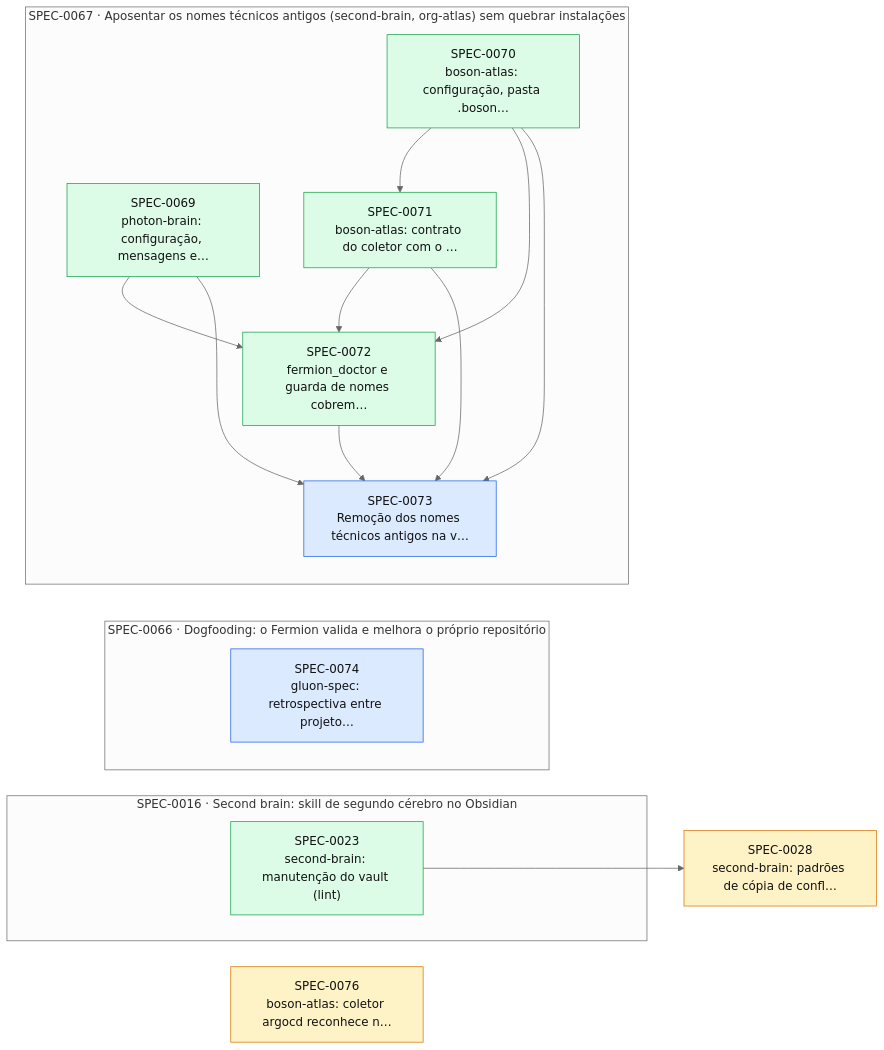
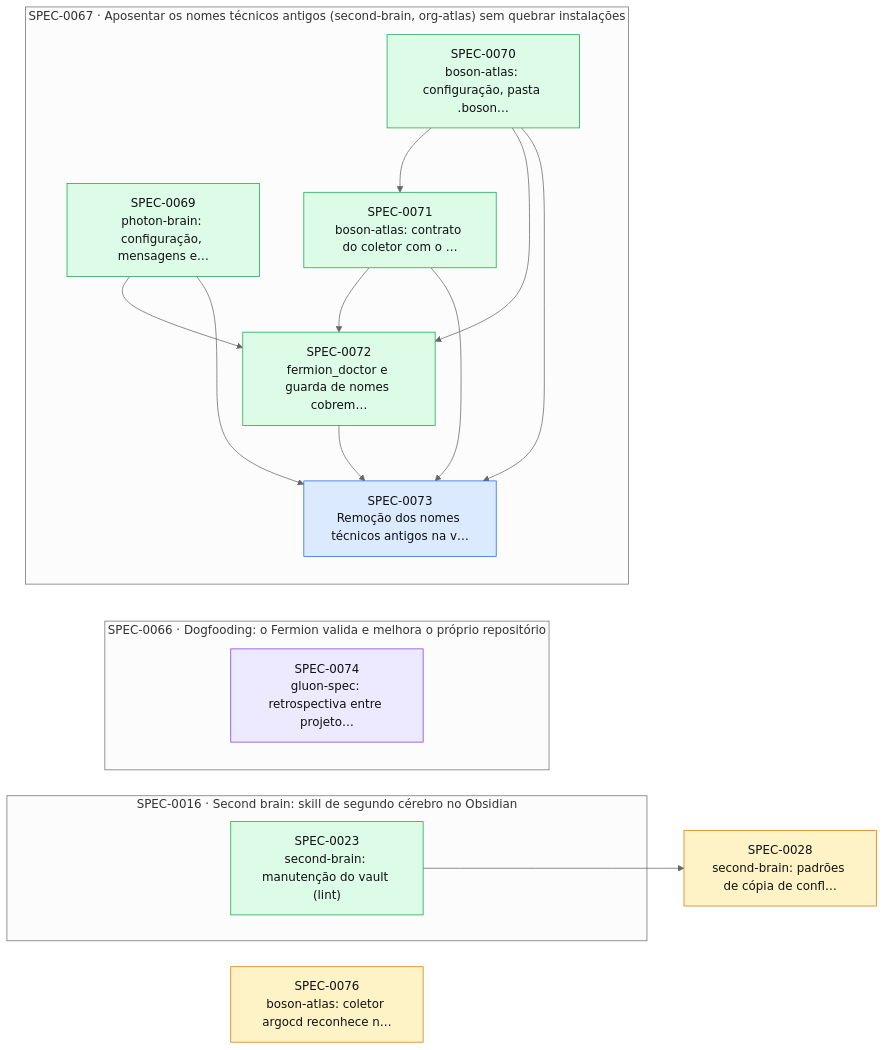
One commit to thomasravache/ai-dev-brain changed the diagram in docs/specs/INDEX.md. Above: the diagram before and after it, drawn with Mermaid (neutral theme). The commit also changed other lines of this file, not shown here.

````diff
--- a/docs/specs/INDEX.md
+++ b/docs/specs/INDEX.md
@@ -62,32 +62,32 @@
 ```mermaid
 flowchart LR
   S0028["SPEC-0028<br/>second-brain: padrões de cópia de confl…"]:::proposed
   S0076["SPEC-0076<br/>boson-atlas: coletor argocd reconhece n…"]:::proposed
   subgraph E0016["SPEC-0016 · Second brain: skill de segundo cérebro no Obsidian"]
     S0023["SPEC-0023<br/>second-brain: manutenção do vault (lint)"]:::implemented
   end
   subgraph E0066["SPEC-0066 · Dogfooding: o Fermion valida e melhora o próprio repositório"]
-    S0074["SPEC-0074<br/>gluon-spec: retrospectiva entre projeto…"]:::approved
+    S0074["SPEC-0074<br/>gluon-spec: retrospectiva entre projeto…"]:::inprogress
   end
   subgraph E0067["SPEC-0067 · Aposentar os nomes técnicos antigos (second-brain, org-atlas) sem quebrar instalações"]
     S0069["SPEC-0069<br/>photon-brain: configuração, mensagens e…"]:::implemented
     S0070["SPEC-0070<br/>boson-atlas: configuração, pasta .boson…"]:::implemented
     S0071["SPEC-0071<br/>boson-atlas: contrato do coletor com o …"]:::implemented
     S0072["SPEC-0072<br/>fermion_doctor e guarda de nomes cobrem…"]:::implemented
     S0073["SPEC-0073<br/>Remoção dos nomes técnicos antigos na v…"]:::approved
   end
   S0023 --> S0028
   S0070 --> S0071
   S0069 --> S0072
   S0070 --> S0072
   S0071 --> S0072
   S0069 --> S0073
   S0070 --> S0073
   S0071 --> S0073
   S0072 --> S0073
   classDef proposed fill:#fef3c7,stroke:#d97706,color:#111
   classDef approved fill:#dbeafe,stroke:#2563eb,color:#111
   classDef inprogress fill:#ede9fe,stroke:#7c3aed,color:#111
   classDef implemented fill:#dcfce7,stroke:#16a34a,color:#111
   classDef deprecated fill:#f3f4f6,stroke:#9ca3af,color:#6b7280
 ```
````
